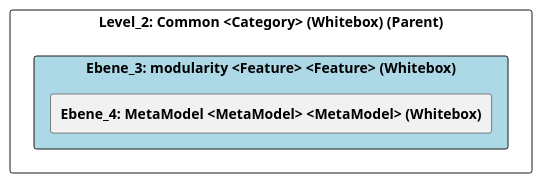
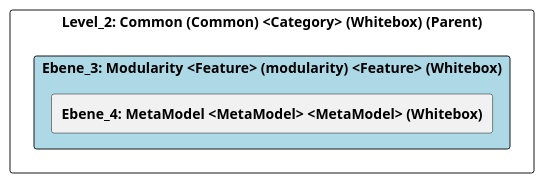
One commit to marcozwyssig/cleon changed the diagram in doc/cleonproject_deliverables_architecture_model_architecture/adoc/de/05_bausteinsicht/cleon/common/modularity/ebene_3_modularity.adoc. Above: the diagram before and after it, drawn with PlantUML. The commit also changed other lines of this file and 166 other files, not shown here.

```diff
--- a/doc/cleonproject_deliverables_architecture_model_architecture/adoc/de/05_bausteinsicht/cleon/common/modularity/ebene_3_modularity.adoc
+++ b/doc/cleonproject_deliverables_architecture_model_architecture/adoc/de/05_bausteinsicht/cleon/common/modularity/ebene_3_modularity.adoc
@@ -20,26 +20,26 @@
-[plantuml, Ebene_3: modularity <Feature> <Feature> (Whitebox)BlockOverview, format="svg"]
+[plantuml, Ebene_3: Modularity <Feature> (modularity) <Feature> (Whitebox)BlockOverview, format="svg"]
 ----
-@startuml Ebene_3: modularity <Feature> <Feature> (Whitebox)BuildingBlockOverview
+@startuml Ebene_3: Modularity <Feature> (modularity) <Feature> (Whitebox)BuildingBlockOverview
 
 skinparam ranksep 10
 skinparam componentStyle rectangle
 skinparam shadowing false
 skinparam arrowColor lightblue
 skinparam arrowThickness 1.2
 skinparam rectangle {
   BackgroundColor White
   BorderColor #333
   RoundCorner 10
 }
 top to bottom direction
 
-component "Level_2: Common <Category> (Whitebox) (Parent)" {
-    component "Ebene_3: modularity <Feature> <Feature> (Whitebox)" #lightblue {
+component "Level_2: Common (Common) <Category> (Whitebox) (Parent)" {
+    component "Ebene_3: Modularity <Feature> (modularity) <Feature> (Whitebox)" #lightblue {
         [**Ebene_4: MetaModel <MetaModel> <MetaModel> (Whitebox)**] as 4A570571_D579_11EE_903E_9F564E4DE07E
     }
 
     
 }
 
 @enduml
 ----
```
